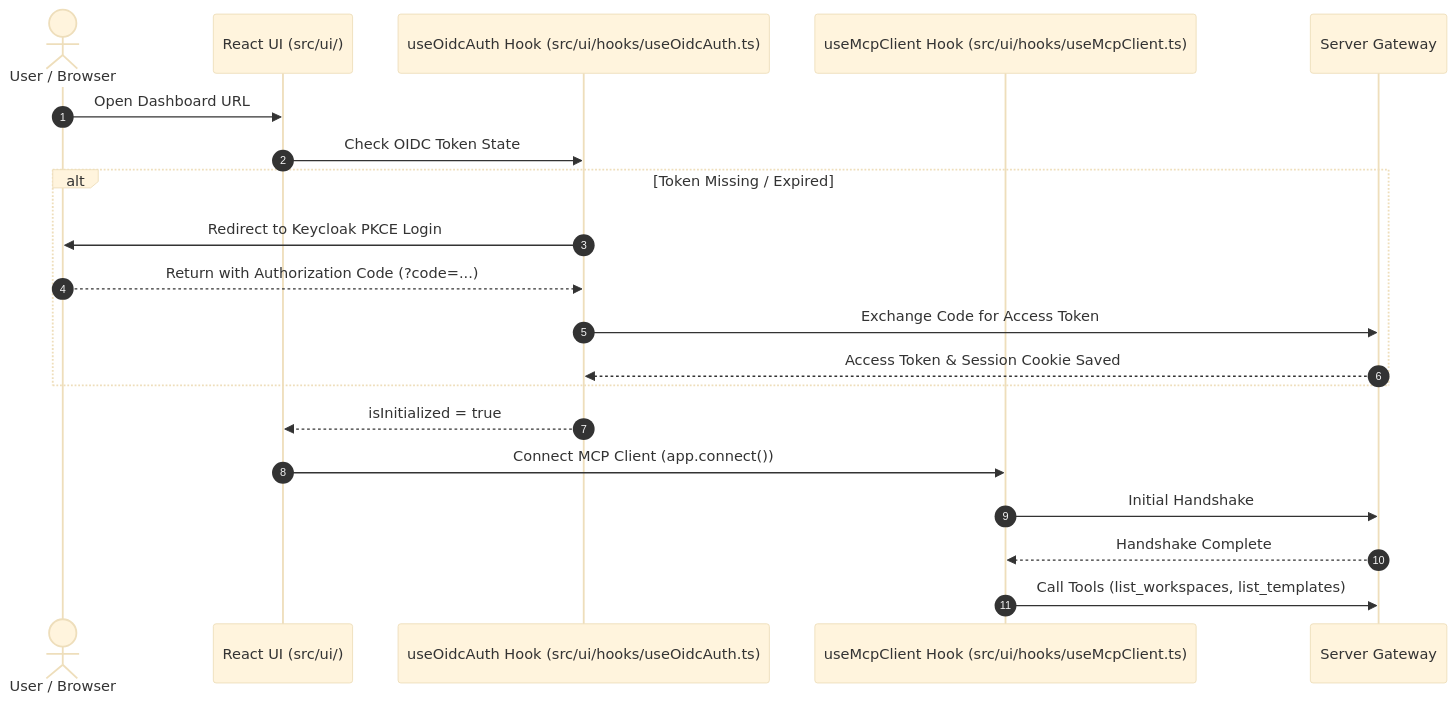
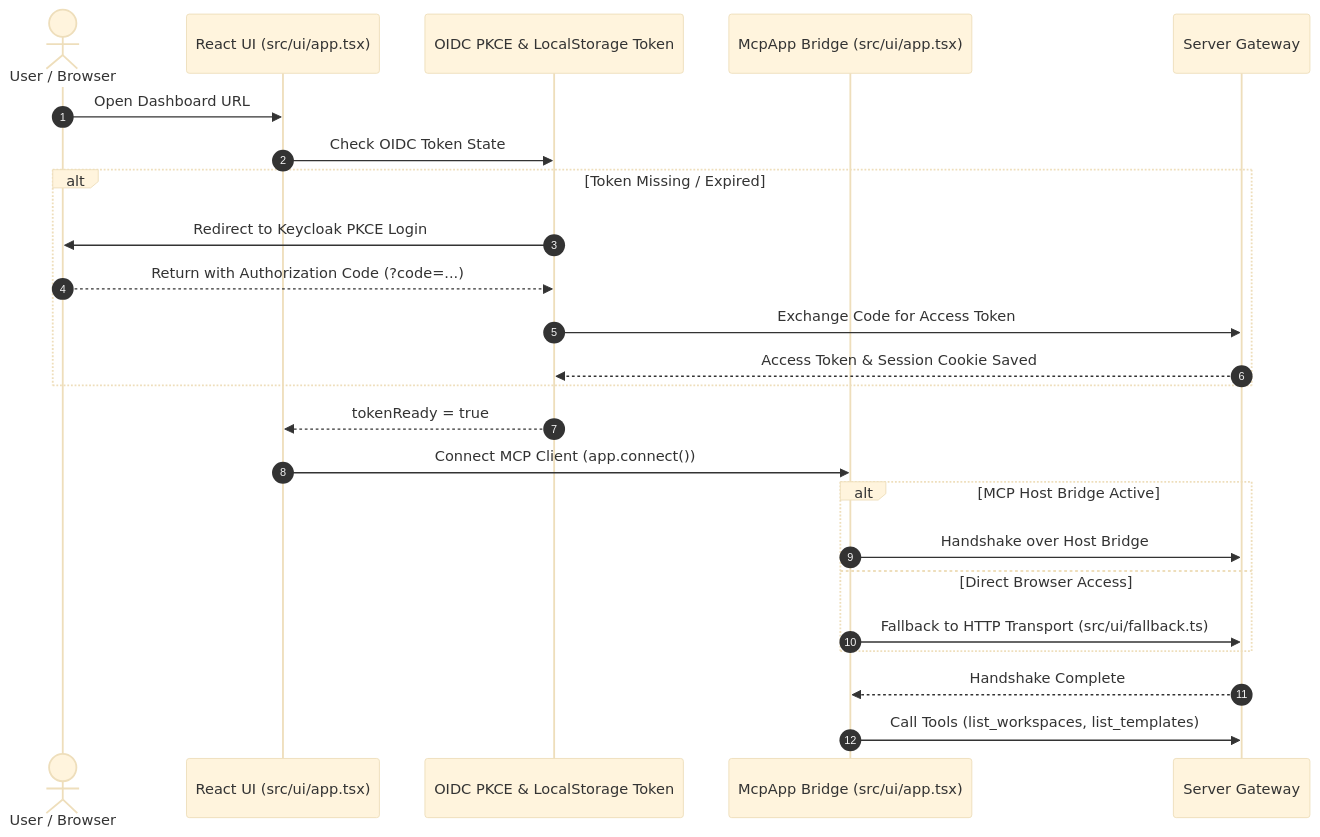
The diagram in docs/wiki/ui-and-mcp-client-integration.md (nogoo9/no-crd), drawn with Mermaid (base theme) before and after one commit. The commit also changed other lines of this file and 38 other files, not shown here.

````diff
--- a/docs/wiki/ui-and-mcp-client-integration.md
+++ b/docs/wiki/ui-and-mcp-client-integration.md
@@ -11,23 +11,27 @@
 ```mermaid
 sequenceDiagram
     autonumber
     actor User as User / Browser
-    participant UI as React UI (src/ui/)
-    participant Hook as useOidcAuth Hook (src/ui/hooks/useOidcAuth.ts)
-    participant MCPBridge as useMcpClient Hook (src/ui/hooks/useMcpClient.ts)
+    participant UI as React UI (src/ui/app.tsx)
+    participant Auth as OIDC PKCE & LocalStorage Token
+    participant MCPBridge as McpApp Bridge (src/ui/app.tsx)
     participant Gateway as Server Gateway
 
     User->>UI: Open Dashboard URL
-    UI->>Hook: Check OIDC Token State
+    UI->>Auth: Check OIDC Token State
     alt Token Missing / Expired
-        Hook->>User: Redirect to Keycloak PKCE Login
-        User-->>Hook: Return with Authorization Code (?code=...)
-        Hook->>Gateway: Exchange Code for Access Token
-        Gateway-->>Hook: Access Token & Session Cookie Saved
+        Auth->>User: Redirect to Keycloak PKCE Login
+        User-->>Auth: Return with Authorization Code (?code=...)
+        Auth->>Gateway: Exchange Code for Access Token
+        Gateway-->>Auth: Access Token & Session Cookie Saved
     end
-    Hook-->>UI: isInitialized = true
+    Auth-->>UI: tokenReady = true
     UI->>MCPBridge: Connect MCP Client (app.connect())
-    MCPBridge->>Gateway: Initial Handshake
+    alt MCP Host Bridge Active
+        MCPBridge->>Gateway: Handshake over Host Bridge
+    else Direct Browser Access
+        MCPBridge->>Gateway: Fallback to HTTP Transport (src/ui/fallback.ts)
+    end
     Gateway-->>MCPBridge: Handshake Complete
     MCPBridge->>Gateway: Call Tools (list_workspaces, list_templates)
 ```
````
